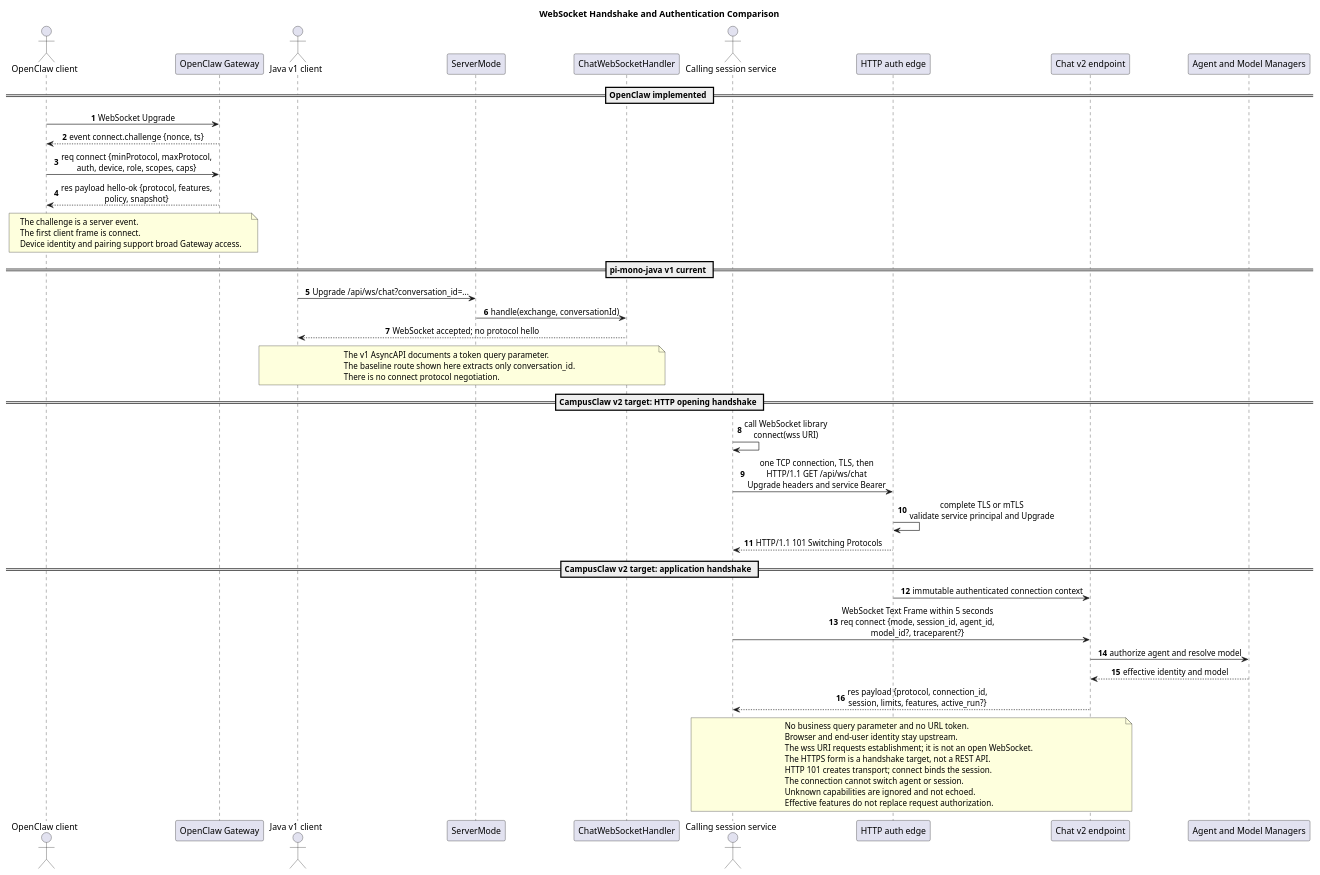
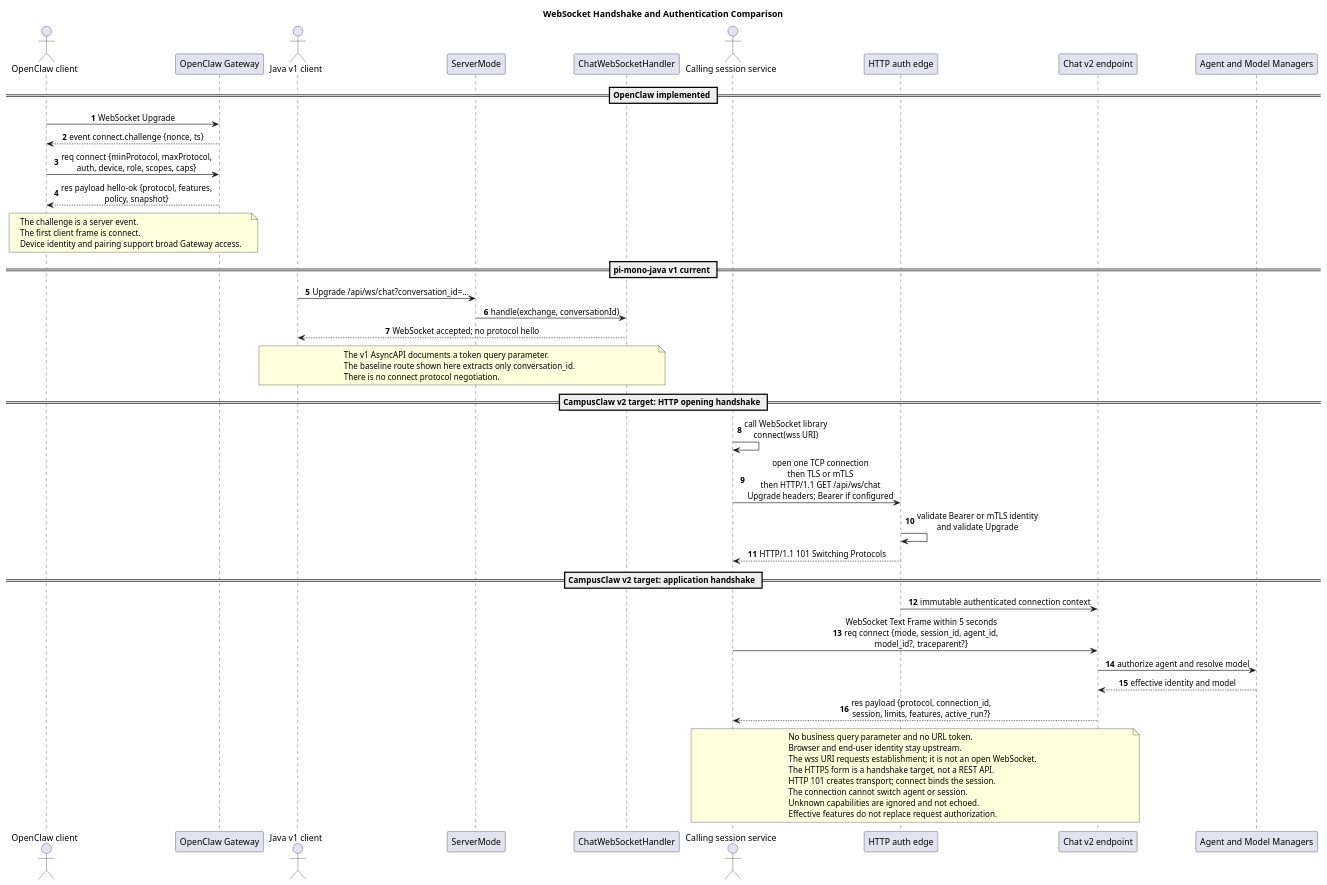
One commit to superheromeZzh/pi-mono-java-design changed the second of 4 diagrams in openclaw-campusclaw-websocket-comparison/diagram.puml. Above: the diagram before and after it, drawn with PlantUML. The commit also changed 8 other files, not shown here.

```diff
--- a/openclaw-campusclaw-websocket-comparison/diagram.puml
+++ b/openclaw-campusclaw-websocket-comparison/diagram.puml
@@ -89,79 +89,79 @@
 @startuml websocket_handshake_comparison
 title WebSocket Handshake and Authentication Comparison
 
 ' OpenClaw baseline: b015925bc30f6a8363f290b07d5f8588e21422b8, Gateway Protocol v4
 ' Source: docs/gateway/protocol.md (Handshake, authentication, protocol versioning)
 ' Source: docs/gateway/clients.md (scopes, pairing, capabilities)
 ' Source: packages/gateway-protocol/src/schema/frames.ts (ConnectParamsSchema, HelloOkSchema)
 ' pi-mono-java baseline: 1f7a5423219edfa4519d8719f1cc8a188ed72873
 ' Source: modules/coding-agent-cli/src/main/java/com/campusclaw/codingagent/mode/server/ServerMode.java (configureRoutes)
 ' Source: docs/asyncapi/chat-ws.yaml (query parameters and v1 messages)
 ' Target source: pi-mono-java-manager-driven-multi-agent-runtime/chat-ws-v2.asyncapi.yaml
 ' Observed behavior: OpenClaw emits a challenge before the first client connect Request Frame.
 ' Current Java behavior: the route reads conversation_id and creates or resumes a session immediately.
 ' Target design: CampusClaw authenticates the Upgrade and then requires connect within five seconds.
-' Target design: the Runtime authenticates only the calling service, not the end user.
+' Target design: the Runtime authenticates the calling service with configured Bearer or mTLS, not the end user.
 ' Target design: a wss URI starts establishment; the WebSocket exists only after HTTP 101.
 ' Target design: HTTP 101 and the connect RequestFrame are different handshake layers.
 ' Design reason: service credentials stay in transport authentication and never enter chat payloads.
 
 skinparam backgroundColor #FFFFFF
 skinparam shadowing false
 skinparam sequenceMessageAlign center
 skinparam defaultFontName Arial
 autonumber
 
 actor "OpenClaw client" as OC
 participant "OpenClaw Gateway" as OG
 actor "Java v1 client" as JV1C
 participant "ServerMode" as SM
 participant "ChatWebSocketHandler" as CWH
 actor "Calling session service" as CC
 participant "HTTP auth edge" as EDGE
 participant "Chat v2 endpoint" as V2
 participant "Agent and Model Managers" as MGR
 
 == OpenClaw implemented ==
 OC -> OG : WebSocket Upgrade
 OG --> OC : event connect.challenge {nonce, ts}
 OC -> OG : req connect {minProtocol, maxProtocol,\nauth, device, role, scopes, caps}
 OG --> OC : res payload hello-ok {protocol, features,\npolicy, snapshot}
 note over OC,OG
 The challenge is a server event.
 The first client frame is connect.
 Device identity and pairing support broad Gateway access.
 end note
 
 == pi-mono-java v1 current ==
 JV1C -> SM : Upgrade /api/ws/chat?conversation_id=...
 SM -> CWH : handle(exchange, conversationId)
 CWH --> JV1C : WebSocket accepted; no protocol hello
 note over JV1C,CWH
 The v1 AsyncAPI documents a token query parameter.
 The baseline route shown here extracts only conversation_id.
 There is no connect protocol negotiation.
 end note
 
 == CampusClaw v2 target: HTTP opening handshake ==
 CC -> CC : call WebSocket library\nconnect(wss URI)
-CC -> EDGE : one TCP connection, TLS, then\nHTTP/1.1 GET /api/ws/chat\nUpgrade headers and service Bearer
-EDGE -> EDGE : complete TLS or mTLS\nvalidate service principal and Upgrade
+CC -> EDGE : open one TCP connection\nthen TLS or mTLS\nthen HTTP/1.1 GET /api/ws/chat\nUpgrade headers; Bearer if configured
+EDGE -> EDGE : validate Bearer or mTLS identity\nand validate Upgrade
 EDGE --> CC : HTTP/1.1 101 Switching Protocols
 
 == CampusClaw v2 target: application handshake ==
 EDGE -> V2 : immutable authenticated connection context
 CC -> V2 : WebSocket Text Frame within 5 seconds\nreq connect {mode, session_id, agent_id,\nmodel_id?, traceparent?}
 V2 -> MGR : authorize agent and resolve model
 MGR --> V2 : effective identity and model
 V2 --> CC : res payload {protocol, connection_id,\nsession, limits, features, active_run?}
 note over CC,V2
 No business query parameter and no URL token.
 Browser and end-user identity stay upstream.
 The wss URI requests establishment; it is not an open WebSocket.
 The HTTPS form is a handshake target, not a REST API.
 HTTP 101 creates transport; connect binds the session.
 The connection cannot switch agent or session.
 Unknown capabilities are ignored and not echoed.
 Effective features do not replace request authorization.
 end note
 @enduml
```
